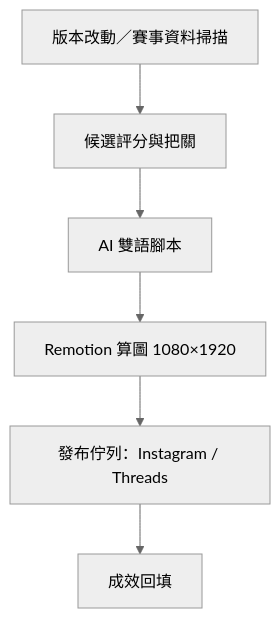
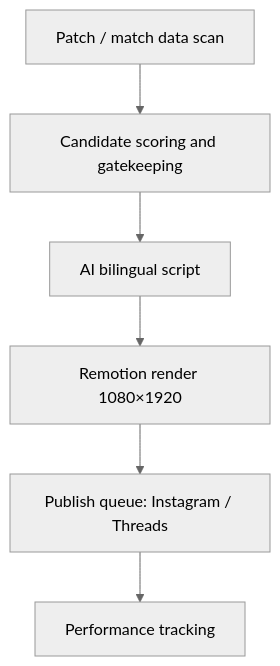
The diagram in README.md (Hunter20041004/lol-video-generator), drawn with Mermaid (neutral theme) before and after one commit. The commit also changed other lines of this file and 2 other files, not shown here.

````diff
--- a/README.md
+++ b/README.md
@@ -15,8 +13,8 @@
 ```mermaid
 flowchart TD
-  A[版本改動／賽事資料掃描] --> B[候選評分與把關]
-  B --> C[AI 雙語腳本]
-  C --> D[Remotion 算圖 1080×1920]
-  D --> E[發布佇列：Instagram / Threads]
-  E --> F[成效回填]
+  A[Patch / match data scan] --> B[Candidate scoring and gatekeeping]
+  B --> C[AI bilingual script]
+  C --> D[Remotion render 1080×1920]
+  D --> E[Publish queue: Instagram / Threads]
+  E --> F[Performance tracking]
 ```
````
